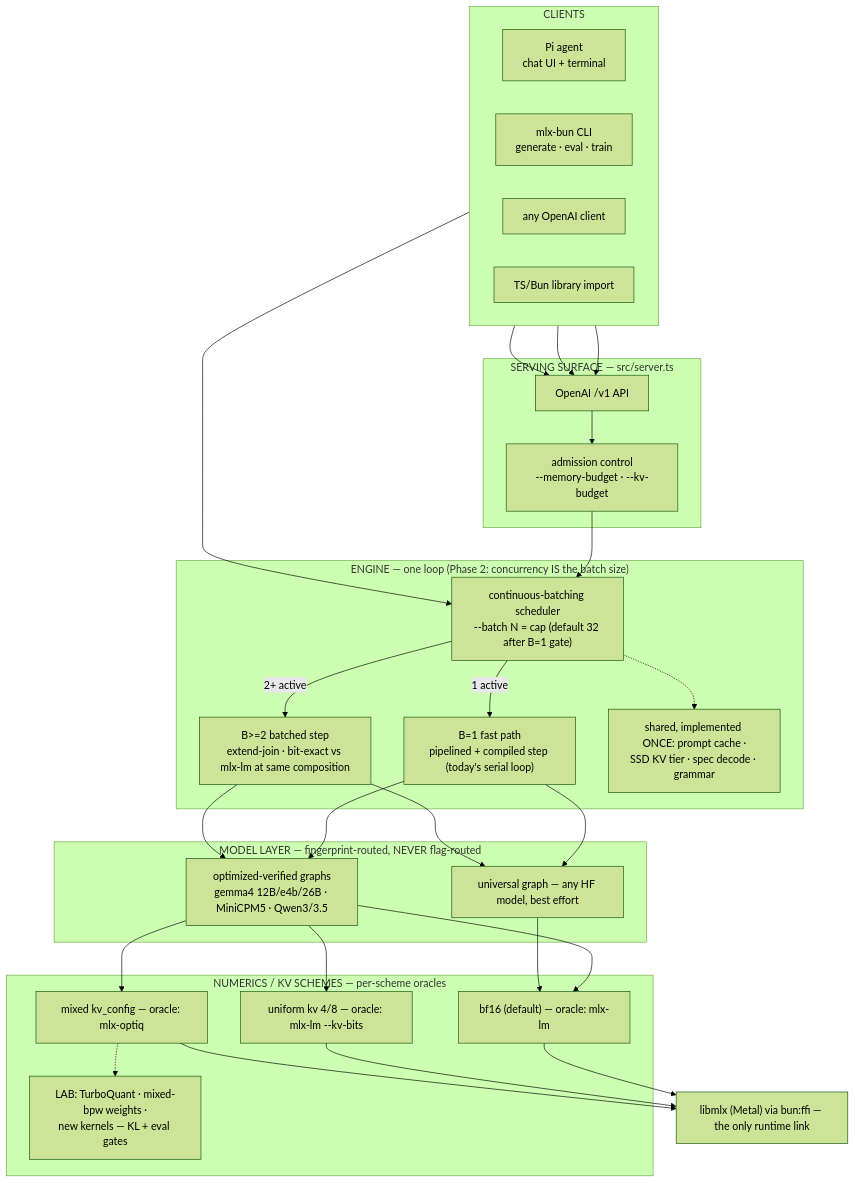
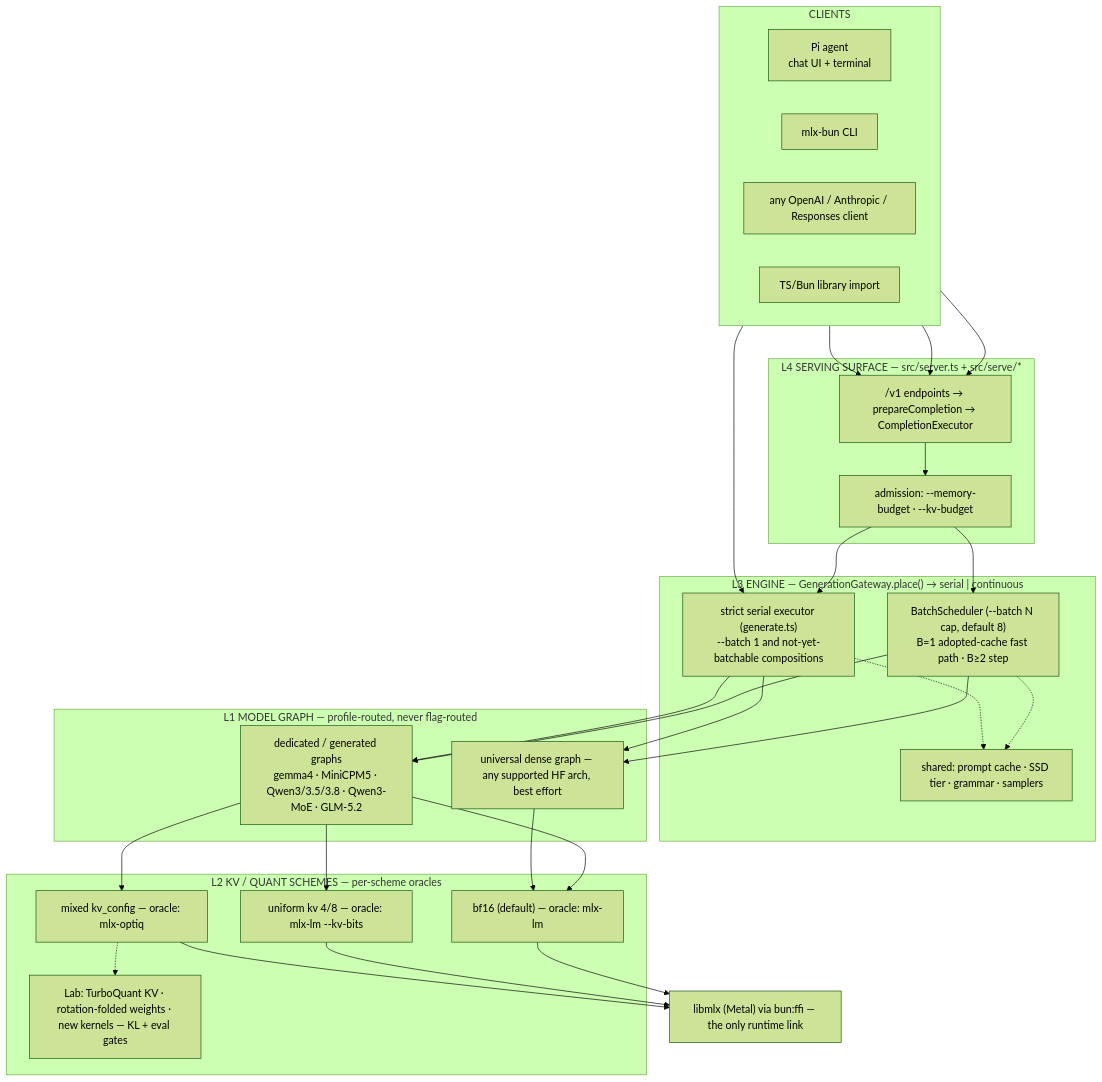
One commit to joshuarossi/mlx-bun changed the diagram in docs/design/unified-engine-frontier-plan.md. Above: the diagram before and after it, drawn with Mermaid (forest theme). The commit also changed other lines of this file and 44 other files, not shown here.

````diff
--- a/docs/design/unified-engine-frontier-plan.md
+++ b/docs/design/unified-engine-frontier-plan.md
@@ -134,51 +90,50 @@
 ```mermaid
 flowchart TB
     subgraph clients["CLIENTS"]
         direction LR
         PI["Pi agent<br/>chat UI + terminal"]
-        CLI["mlx-bun CLI<br/>generate · eval · train"]
-        API["any OpenAI client"]
+        CLI["mlx-bun CLI"]
+        API["any OpenAI / Anthropic / Responses client"]
         LIB["TS/Bun library import"]
     end
-    subgraph surface["SERVING SURFACE — src/server.ts"]
-        V1["OpenAI /v1 API"]
-        ADMIT["admission control<br/>--memory-budget · --kv-budget"]
+    subgraph surface["L4 SERVING SURFACE — src/server.ts + src/serve/*"]
+        V1["/v1 endpoints → prepareCompletion → CompletionExecutor"]
+        ADMIT["admission: --memory-budget · --kv-budget"]
     end
-    subgraph engine["ENGINE — one loop (Phase 2: concurrency IS the batch size)"]
-        SCHED["continuous-batching scheduler<br/>--batch N = cap (default 32 after B=1 gate)"]
-        B1["B=1 fast path<br/>pipelined + compiled step (today's serial loop)"]
-        BN["B>=2 batched step<br/>extend-join · bit-exact vs mlx-lm at same composition"]
-        FEAT["shared, implemented ONCE: prompt cache ·<br/>SSD KV tier · spec decode · grammar"]
+    subgraph engine["L3 ENGINE — GenerationGateway.place() → serial | continuous"]
+        SCHED["BatchScheduler (--batch N cap, default 8)<br/>B=1 adopted-cache fast path · B≥2 step"]
+        SERIAL["strict serial executor (generate.ts)<br/>--batch 1 and not-yet-batchable compositions"]
+        FEAT["shared: prompt cache · SSD tier · grammar · samplers"]
     end
-    subgraph models["MODEL LAYER — fingerprint-routed, NEVER flag-routed"]
-        OPT["optimized-verified graphs<br/>gemma4 12B/e4b/26B · MiniCPM5 · Qwen3/3.5"]
-        UNI["universal graph — any HF model, best effort"]
+    subgraph models["L1 MODEL GRAPH — profile-routed, never flag-routed"]
+        OPT["dedicated / generated graphs<br/>gemma4 · MiniCPM5 · Qwen3/3.5/3.8 · Qwen3-MoE · GLM-5.2"]
+        UNI["universal dense graph — any supported HF arch, best effort"]
     end
-    subgraph numerics["NUMERICS / KV SCHEMES — per-scheme oracles"]
+    subgraph numerics["L2 KV / QUANT SCHEMES — per-scheme oracles"]
         BF["bf16 (default) — oracle: mlx-lm"]
         UKV["uniform kv 4/8 — oracle: mlx-lm --kv-bits"]
         MKV["mixed kv_config — oracle: mlx-optiq"]
-        LAB["LAB: TurboQuant · mixed-bpw weights ·<br/>new kernels — KL + eval gates"]
+        LAB["Lab: TurboQuant KV · rotation-folded weights · new kernels — KL + eval gates"]
     end
     HW["libmlx (Metal) via bun:ffi — the only runtime link"]
     PI --> V1
     CLI --> V1
     API --> V1
-    LIB --> SCHED
+    LIB --> SERIAL
     V1 --> ADMIT --> SCHED
-    SCHED -->|1 active| B1
-    SCHED -->|2+ active| BN
+    ADMIT --> SERIAL
     SCHED -.-> FEAT
-    B1 --> OPT
-    BN --> OPT
-    B1 --> UNI
-    BN --> UNI
+    SERIAL -.-> FEAT
+    SCHED --> OPT
+    SERIAL --> OPT
+    SCHED --> UNI
+    SERIAL --> UNI
     OPT --> BF
     OPT --> UKV
     OPT --> MKV
     UNI --> BF
     MKV -.-> LAB
     BF --> HW
     UKV --> HW
     MKV --> HW
 ```
````
